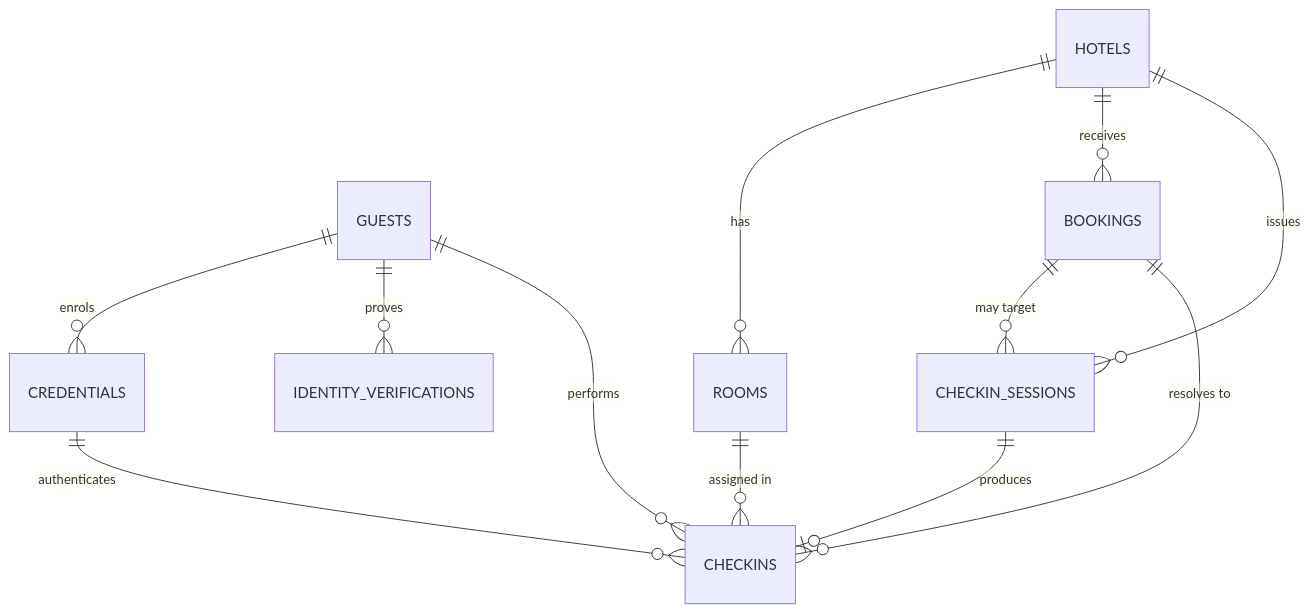
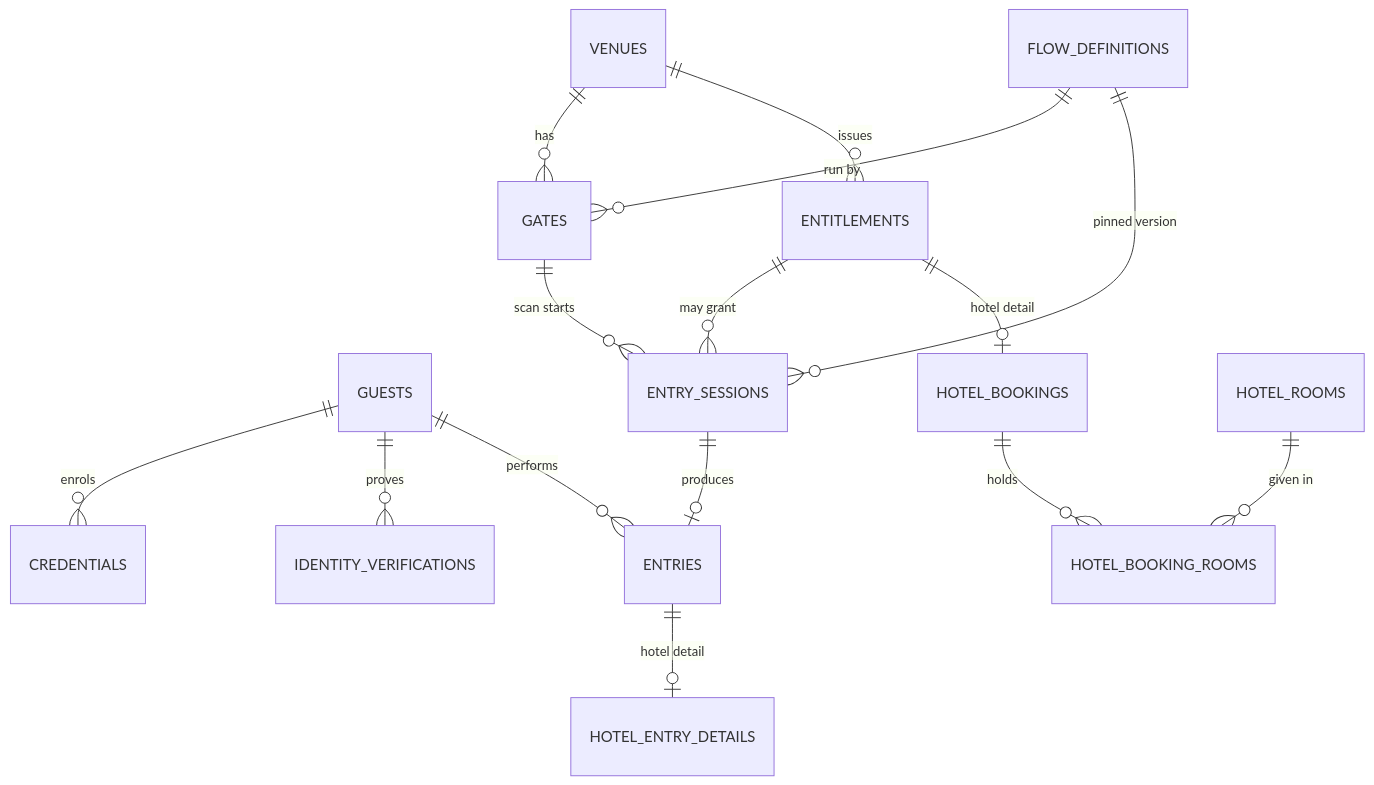
The diagram in docs/data-model.md (trithanka/chqin-pwa), drawn with Mermaid before and after one commit. The commit also changed other lines of this file and 23 other files, not shown here.

First line of the commit message:
Move hotel check-in onto a data-driven entry engine

````diff
--- a/docs/data-model.md
+++ b/docs/data-model.md
@@ -87,14 +23,17 @@
 ```mermaid
 erDiagram
-    GUESTS ||--o{ CREDENTIALS : "enrols"
-    GUESTS ||--o{ IDENTITY_VERIFICATIONS : "proves"
-    GUESTS ||--o{ CHECKINS : "performs"
-    HOTELS ||--o{ ROOMS : has
-    HOTELS ||--o{ BOOKINGS : receives
-    HOTELS ||--o{ CHECKIN_SESSIONS : issues
-    BOOKINGS ||--o{ CHECKIN_SESSIONS : "may target"
-    BOOKINGS ||--o{ CHECKINS : "resolves to"
-    CHECKIN_SESSIONS ||--o| CHECKINS : produces
-    CREDENTIALS ||--o{ CHECKINS : authenticates
-    ROOMS ||--o{ CHECKINS : "assigned in"
+    GUESTS ||--o{ CREDENTIALS : enrols
+    GUESTS ||--o{ IDENTITY_VERIFICATIONS : proves
+    VENUES ||--o{ GATES : has
+    FLOW_DEFINITIONS ||--o{ GATES : "run by"
+    GATES ||--o{ ENTRY_SESSIONS : "scan starts"
+    FLOW_DEFINITIONS ||--o{ ENTRY_SESSIONS : "pinned version"
+    ENTITLEMENTS ||--o{ ENTRY_SESSIONS : "may grant"
+    ENTRY_SESSIONS ||--o| ENTRIES : produces
+    GUESTS ||--o{ ENTRIES : "performs"
+    VENUES ||--o{ ENTITLEMENTS : issues
+    ENTITLEMENTS ||--o| HOTEL_BOOKINGS : "hotel detail"
+    HOTEL_BOOKINGS ||--o{ HOTEL_BOOKING_ROOMS : holds
+    HOTEL_ROOMS ||--o{ HOTEL_BOOKING_ROOMS : "given in"
+    ENTRIES ||--o| HOTEL_ENTRY_DETAILS : "hotel detail"
 ```
````
